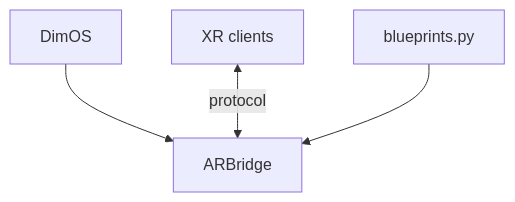
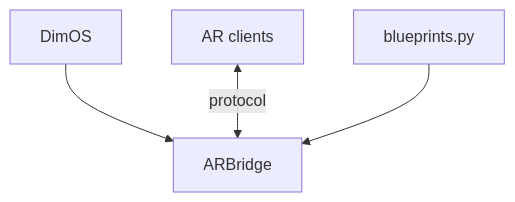
Before and after one commit to V4C38/spectacles-dimensional-os: the third of 3 diagrams in README.md, drawn with Mermaid. The commit also changed other lines of this file and 80 other files, not shown here.

First line of the commit message:
Simplify AprilTag registration and align bridge protocol to v7 naming.

````diff
--- a/README.md
+++ b/README.md
@@ -159,6 +159,6 @@
 ```mermaid
 flowchart TB
   DimOS[DimOS] --> Bridge[ARBridge]
-  Clients[XR clients] <-->|protocol| Bridge
+  Clients[AR clients] <-->|protocol| Bridge
   Blueprint[blueprints.py] --> Bridge
 ```
````
